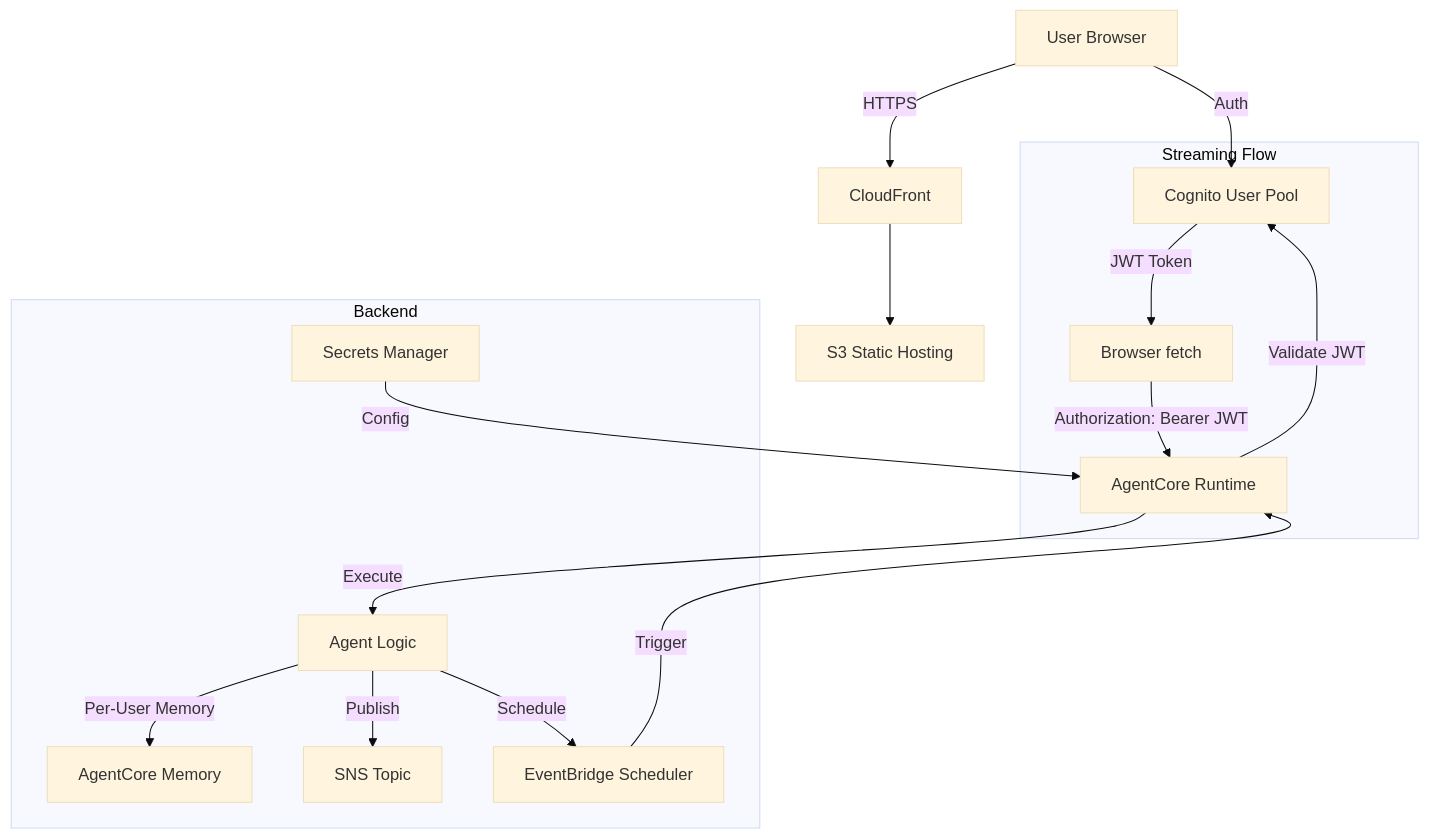
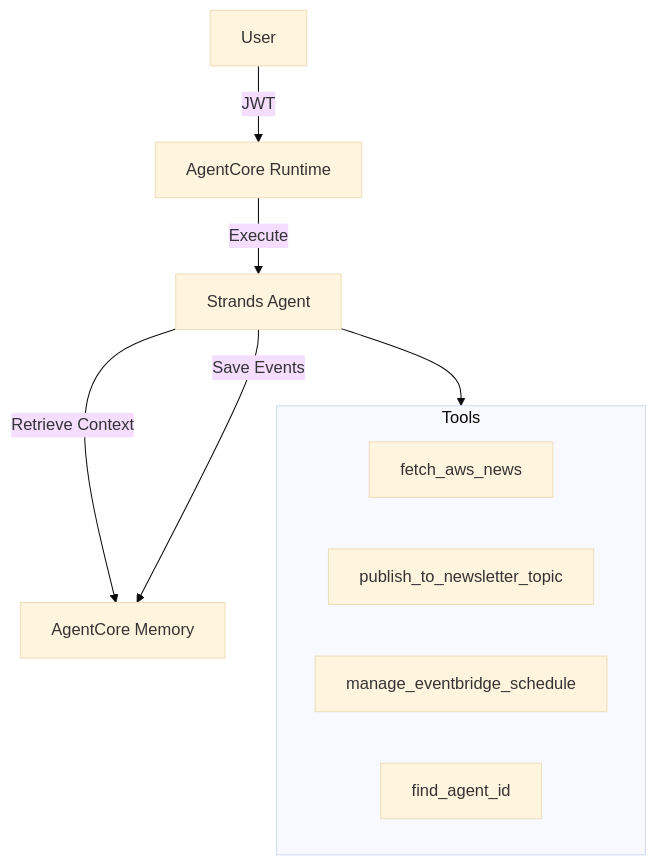
The diagram in agent/README.md (labeveryday/aws-whats-new-alerts), drawn with Mermaid (base theme) before and after one commit. The commit also changed other lines of this file and 2 other files, not shown here.

First line of the commit message:
Update all READMEs with current features and architecture

````diff
--- a/agent/README.md
+++ b/agent/README.md
@@ -18,21 +15,17 @@
 ```mermaid
 graph TD
-    User[User Browser] -->|HTTPS| CF[CloudFront]
-    CF --> S3[S3 Static Hosting]
-    User -->|Auth| Cognito[Cognito User Pool]
+    User[User] -->|JWT| Runtime[AgentCore Runtime]
+    Runtime -->|Execute| Agent[Strands Agent]
 
-    subgraph "Streaming Flow"
-        Cognito -->|JWT Token| Fetch[Browser fetch]
-        Fetch -->|Authorization: Bearer JWT| Runtime[AgentCore Runtime]
-        Runtime -->|Validate JWT| Cognito
+    Agent -->|Retrieve Context| Memory[AgentCore Memory]
+    Agent -->|Save Events| Memory
+
+    subgraph Tools
+        News[fetch_aws_news]
+        SNS[publish_to_newsletter_topic]
+        Schedule[manage_eventbridge_schedule]
+        Find[find_agent_id]
     end
 
-    subgraph "Backend"
-        Secrets[Secrets Manager] -->|Config| Runtime
-        Runtime -->|Execute| Agent[Agent Logic]
-        Agent -->|Per-User Memory| Memory[AgentCore Memory]
-        Agent -->|Publish| SNS[SNS Topic]
-        Agent -->|Schedule| Scheduler[EventBridge Scheduler]
-        Scheduler -->|Trigger| Runtime
-    end
+    Agent --> Tools
 ```
````
